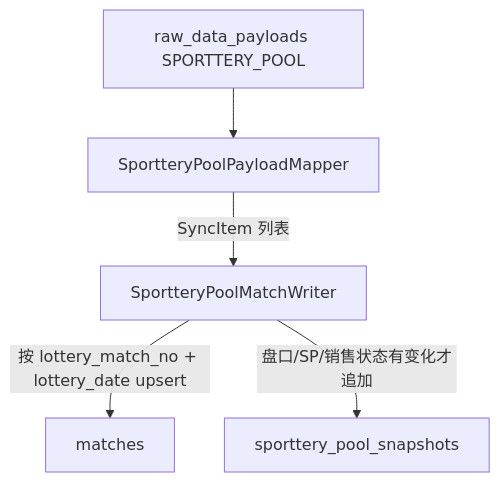
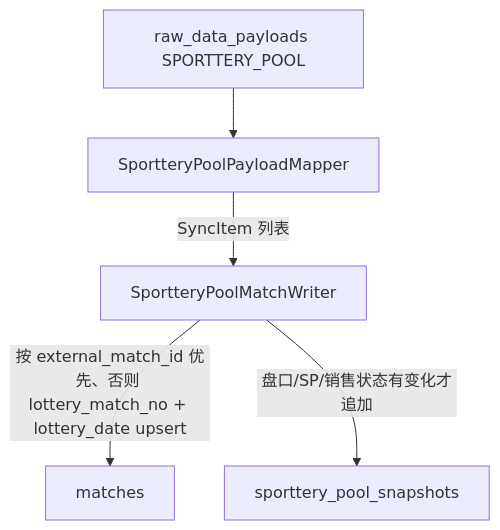
One commit to ren997/jingcai-compass changed the fourth of 6 diagrams in docs/business-data-flow.md. Above: the diagram before and after it, drawn with Mermaid. The commit also changed other lines of this file and 8 other files, not shown here.

````diff
--- a/docs/business-data-flow.md
+++ b/docs/business-data-flow.md
@@ -186,13 +158,13 @@
 ```mermaid
 flowchart TD
   raw[raw_data_payloads SPORTTERY_POOL]
   mapper[SportteryPoolPayloadMapper]
   writer[SportteryPoolMatchWriter]
   match[matches]
   snap[sporttery_pool_snapshots]
 
   raw --> mapper
   mapper -->|SyncItem 列表| writer
-  writer -->|按 lottery_match_no + lottery_date upsert| match
+  writer -->|按 external_match_id 优先、否则 lottery_match_no + lottery_date upsert| match
   writer -->|盘口/SP/销售状态有变化才追加| snap
 ```
````
